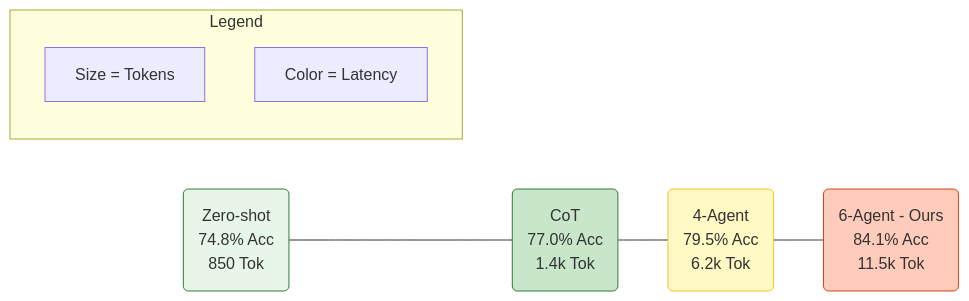
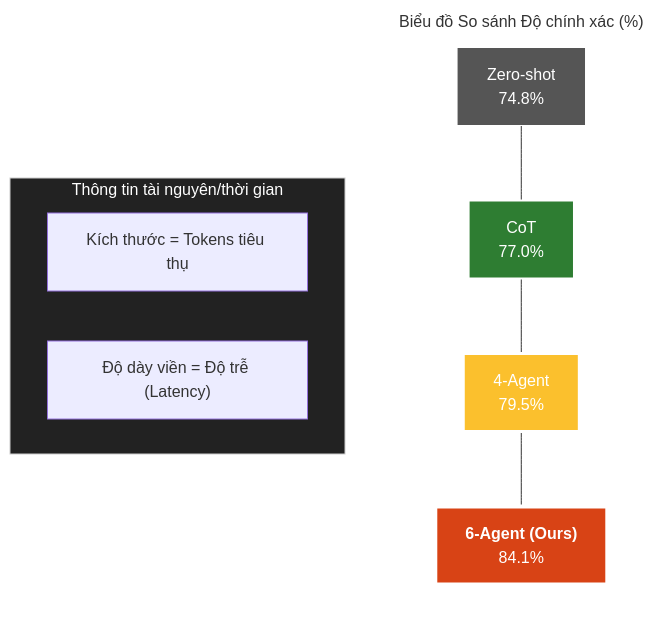
One commit to thanhmiyata/luan-van-tot-nghiep changed the fourth of 5 diagrams in complete_paper_combined_vi.md. Above: the diagram before and after it, drawn with Mermaid. The commit also changed other lines of this file, not shown here.

````diff
--- a/complete_paper_combined_vi.md
+++ b/complete_paper_combined_vi.md
@@ -544,19 +552,24 @@
 ```mermaid
-graph LR
-    subgraph Legend
-        L1[Size = Tokens]
-        L2[Color = Latency]
+graph BT
+    subgraph Chart ["Biểu đồ So sánh Độ chính xác (%)"]
+        direction BT
+        P6["<b>6-Agent (Ours)</b><br/>84.1%"] --- P4["4-Agent<br/>79.5%"]
+        P4 --- CoT["CoT<br/>77.0%"]
+        CoT --- ZS["Zero-shot<br/>74.8%"]
     end
 
-    ZS("Zero-shot<br/>74.8% Acc<br/>850 Tok")
-    CoT("CoT<br/>77.0% Acc<br/>1.4k Tok")
-    P4("4-Agent<br/>79.5% Acc<br/>6.2k Tok")
-    P6("6-Agent - Ours<br/>84.1% Acc<br/>11.5k Tok")
+    %% Mô phỏng độ cao cột bằng style
+    style P6 fill:#d84315,stroke:#fff,color:#fff,stroke-width:4px
+    style P4 fill:#fbc02d,stroke:#fff,color:#fff,stroke-width:3px
+    style CoT fill:#2e7d32,stroke:#fff,color:#fff,stroke-width:2px
+    style ZS fill:#555,stroke:#fff,color:#fff,stroke-width:1px
 
-    ZS --- CoT --- P4 --- P6
-
-    style ZS fill:#e8f5e9,stroke:#2e7d32
-    style CoT fill:#c8e6c9,stroke:#2e7d32
-    style P4 fill:#fff9c4,stroke:#fbc02d
-    style P6 fill:#ffccbc,stroke:#d84315
+    subgraph Legend ["Thông tin tài nguyên/thời gian"]
+        direction LR
+        L1["Kích thước = Tokens tiêu thụ"]
+        L2["Độ dày viền = Độ trễ (Latency)"]
+    end
+    
+    style Chart fill:transparent,stroke:#fff
+    style Legend fill:#222,stroke:#ccc,color:#fff
 ```
````
